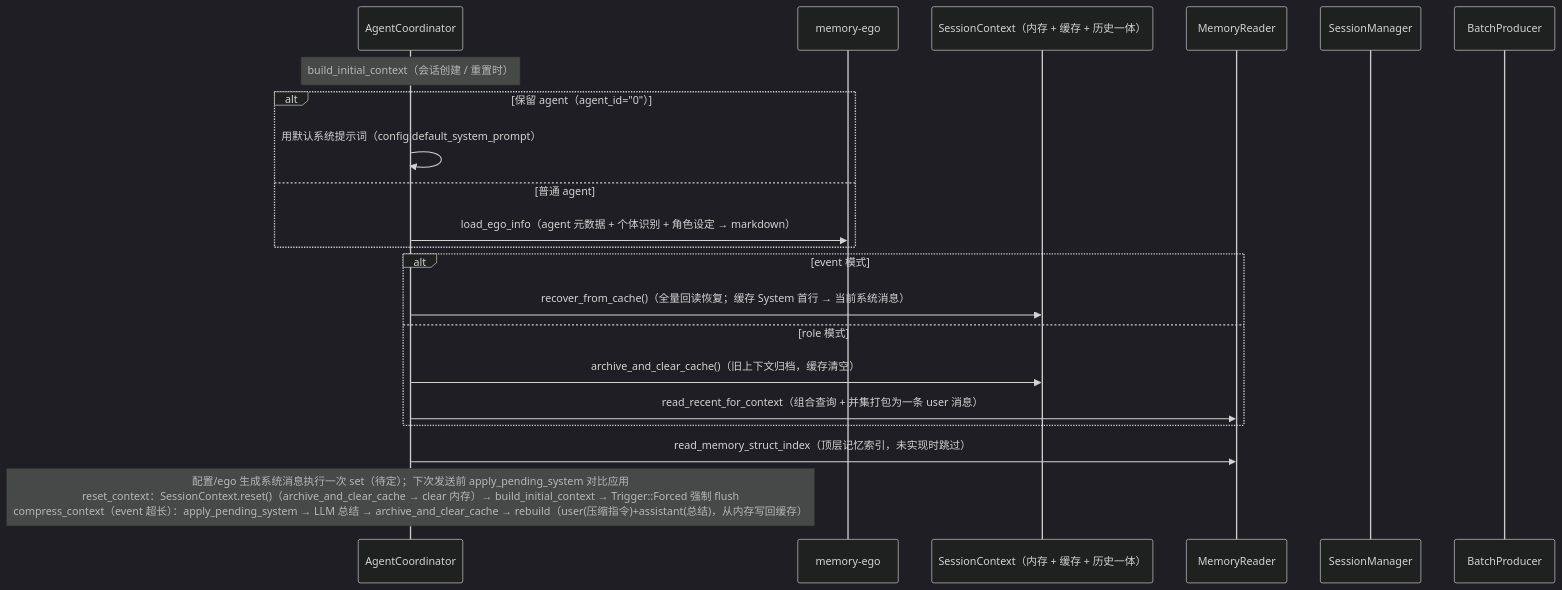
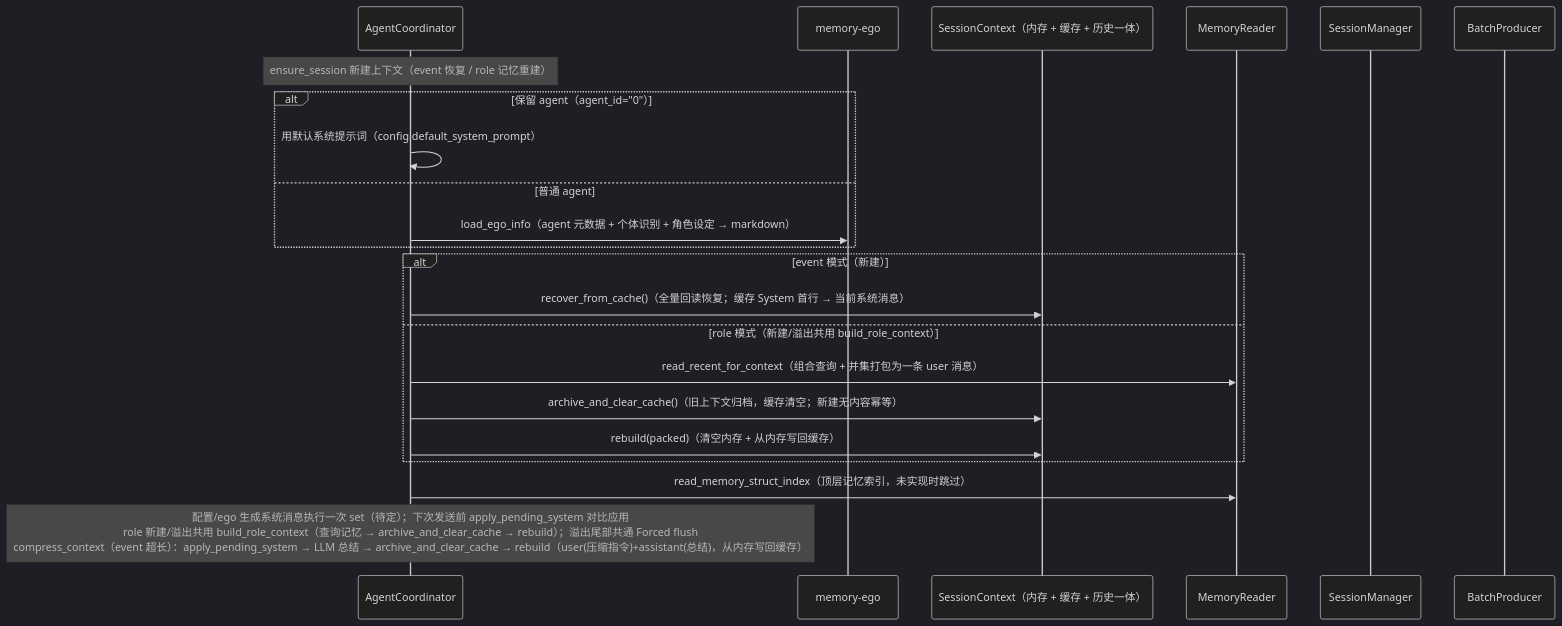
The fifth of 5 diagrams in docs/spec/kissbot-agent-modules.md (coldcloude/kissbot), drawn with Mermaid (dark theme) before and after one commit. The commit also changed other lines of this file, not shown here.

Commit message:
docs: 同步移除 /reset 后的命令描述与上下文构建/溢出时序（build_role_context 共用、共通 Forced flush）

````diff
--- a/docs/spec/kissbot-agent-modules.md
+++ b/docs/spec/kissbot-agent-modules.md
@@ -186,24 +185,25 @@
 ```mermaid
 sequenceDiagram
     participant CO as AgentCoordinator
     participant EG as memory-ego
     participant SC as SessionContext（内存 + 缓存 + 历史一体）
     participant MR as MemoryReader
     participant SM as SessionManager
     participant BP as BatchProducer
 
-    Note over CO: build_initial_context（会话创建 / 重置时）
+    Note over CO: ensure_session 新建上下文（event 恢复 / role 记忆重建）
     alt 保留 agent（agent_id="0"）
         CO->>CO: 用默认系统提示词（config.default_system_prompt）
     else 普通 agent
         CO->>EG: load_ego_info（agent 元数据 + 个体识别 + 角色设定 → markdown）
     end
-    alt event 模式
+    alt event 模式（新建）
         CO->>SC: recover_from_cache()（全量回读恢复；缓存 System 首行 → 当前系统消息）
-    else role 模式
-        CO->>SC: archive_and_clear_cache()（旧上下文归档，缓存清空）
+    else role 模式（新建/溢出共用 build_role_context）
         CO->>MR: read_recent_for_context（组合查询 + 并集打包为一条 user 消息）
+        CO->>SC: archive_and_clear_cache()（旧上下文归档，缓存清空；新建无内容幂等）
+        CO->>SC: rebuild(packed)（清空内存 + 从内存写回缓存）
     end
     CO->>MR: read_memory_struct_index（顶层记忆索引，未实现时跳过）
-    Note over CO: 配置/ego 生成系统消息执行一次 set（待定）；下次发送前 apply_pending_system 对比应用<br/>reset_context：SessionContext.reset()（archive_and_clear_cache → clear 内存）→ build_initial_context → Trigger::Forced 强制 flush<br/>compress_context（event 超长）：apply_pending_system → LLM 总结 → archive_and_clear_cache → rebuild（user(压缩指令)+assistant(总结)，从内存写回缓存）
+    Note over CO: 配置/ego 生成系统消息执行一次 set（待定）；下次发送前 apply_pending_system 对比应用<br/>role 新建/溢出共用 build_role_context（查询记忆 → archive_and_clear_cache → rebuild）；溢出尾部共通 Forced flush<br/>compress_context（event 超长）：apply_pending_system → LLM 总结 → archive_and_clear_cache → rebuild（user(压缩指令)+assistant(总结)，从内存写回缓存）
 ```
````
